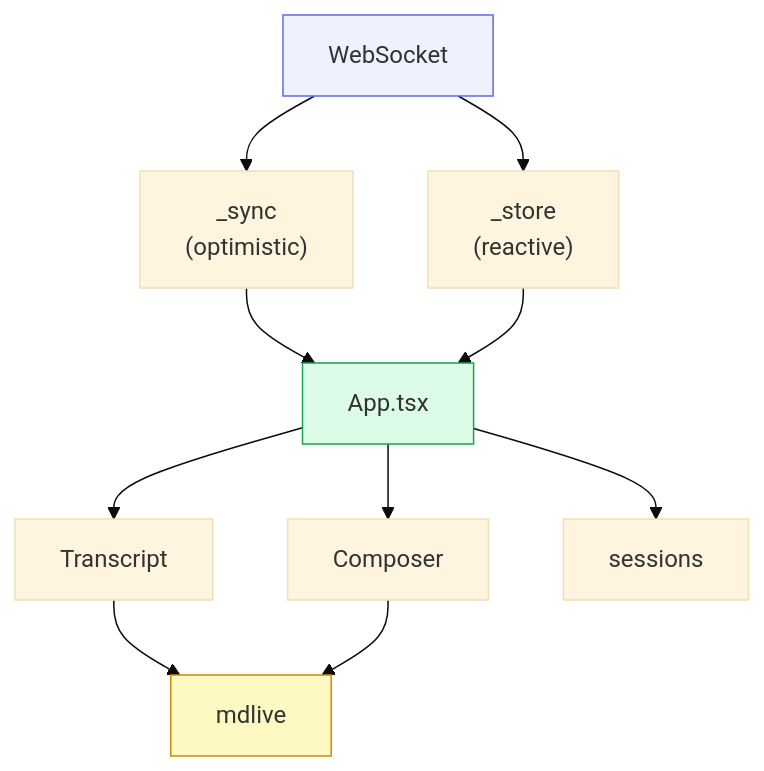
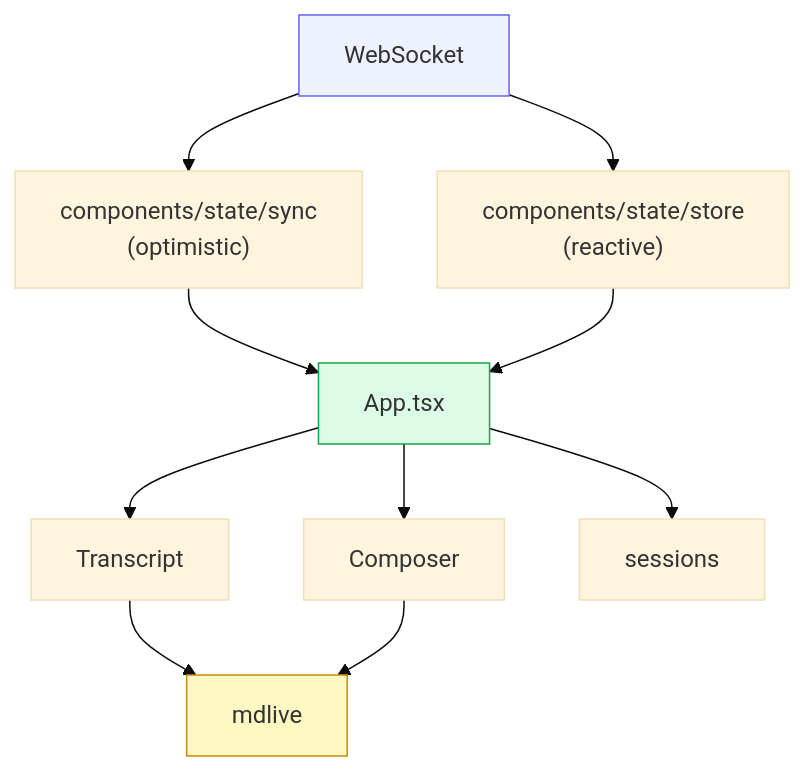
One commit to dravengarden/cowboy changed the diagram in docs/architecture/09-frontend.md. Above: the diagram before and after it, drawn with Mermaid (base theme). The commit also changed other lines of this file and 220 other files, not shown here.

````diff
--- a/docs/architecture/09-frontend.md
+++ b/docs/architecture/09-frontend.md
@@ -16,16 +16,16 @@
 ```mermaid
 flowchart TB
-    WS["WebSocket"] --> SYNC["_sync<br/>(optimistic)"]
-    WS --> STORE["_store<br/>(reactive)"]
+    WS["WebSocket"] --> SYNC["components/state/sync<br/>(optimistic)"]
+    WS --> STORE["components/state/store<br/>(reactive)"]
     SYNC --> APP["App.tsx"]
     STORE --> APP
     APP --> TR["Transcript"]
     APP --> CMP["Composer"]
     APP --> SIDE["sessions"]
     TR --> MD["mdlive"]
     CMP --> MD
 
     style WS fill:#eef2ff,stroke:#6366f1
     style APP fill:#dcfce7,stroke:#16a34a
     style MD fill:#fef9c3,stroke:#ca8a04
 ```
````
